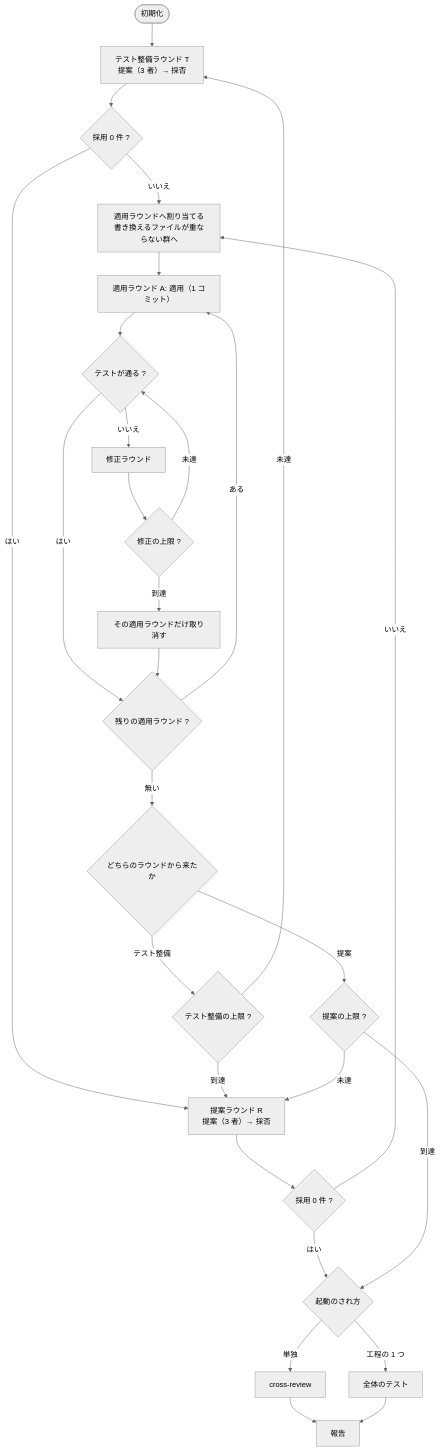
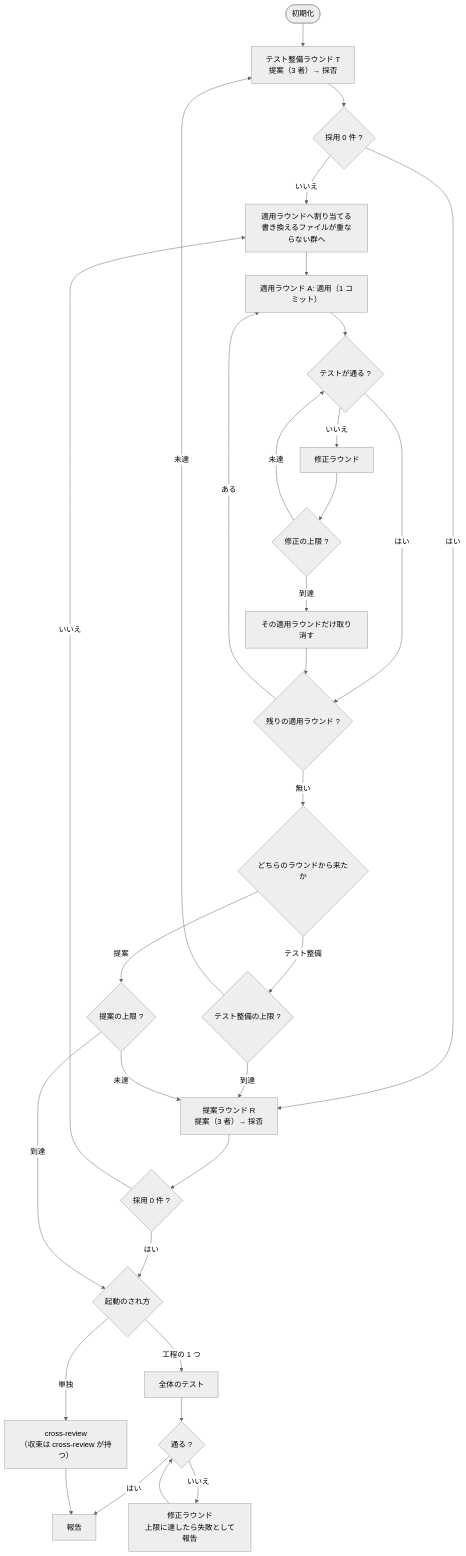
The diagram in issues/issue-436-cross-refactoring-flow/02-design.md (devbasex/ai-plugins), drawn with Mermaid (neutral theme) before and after one commit. The commit also changed other lines of this file and 1 other file, not shown here.

First line of the commit message:
Docs: 依存図・Gate の合否・CI 代替の条件とレビュー指摘 5 件を反映（#436）

````diff
--- a/issues/issue-436-cross-refactoring-flow/02-design.md
+++ b/issues/issue-436-cross-refactoring-flow/02-design.md
@@ -46,30 +46,33 @@
 ```mermaid
 flowchart TD
     Init([初期化]) --> T["テスト整備ラウンド T<br/>提案（3 者）→ 採否"]
     T --> TE{"採用 0 件 ?"}
     TE -->|いいえ| Split
     TE -->|はい| R["提案ラウンド R<br/>提案（3 者）→ 採否"]
     R --> RE{"採用 0 件 ?"}
     RE -->|いいえ| Split
     RE -->|はい| Gate{"起動のされ方"}
     Split["適用ラウンドへ割り当てる<br/>書き換えるファイルが重ならない群へ"] --> Apply["適用ラウンド A: 適用（1 コミット）"]
     Apply --> Test{"テストが通る ?"}
     Test -->|いいえ| Fix["修正ラウンド"]
     Fix --> FixCap{"修正の上限 ?"}
     FixCap -->|未達| Test
     FixCap -->|到達| Drop["その適用ラウンドだけ取り消す"]
     Test -->|はい| NextA{"残りの適用ラウンド ?"}
     Drop --> NextA
     NextA -->|ある| Apply
     NextA -->|無い| Back{"どちらのラウンドから来たか"}
     Back -->|テスト整備| TCap{"テスト整備の上限 ?"}
     TCap -->|未達| T
     TCap -->|到達| R
     Back -->|提案| RCap{"提案の上限 ?"}
     RCap -->|未達| R
     RCap -->|到達| Gate
-    Gate -->|単独| CR["cross-review"]
+    Gate -->|単独| CR["cross-review<br/>（収束は cross-review が持つ）"]
     Gate -->|工程の 1 つ| Skip["全体のテスト"]
-    CR --> Report["報告"]
-    Skip --> Report
+    Skip --> SkipOK{"通る ?"}
+    SkipOK -->|いいえ| SkipFix["修正ラウンド<br/>上限に達したら失敗として報告"]
+    SkipFix --> SkipOK
+    SkipOK -->|はい| Report["報告"]
+    CR --> Report
 ```
````
